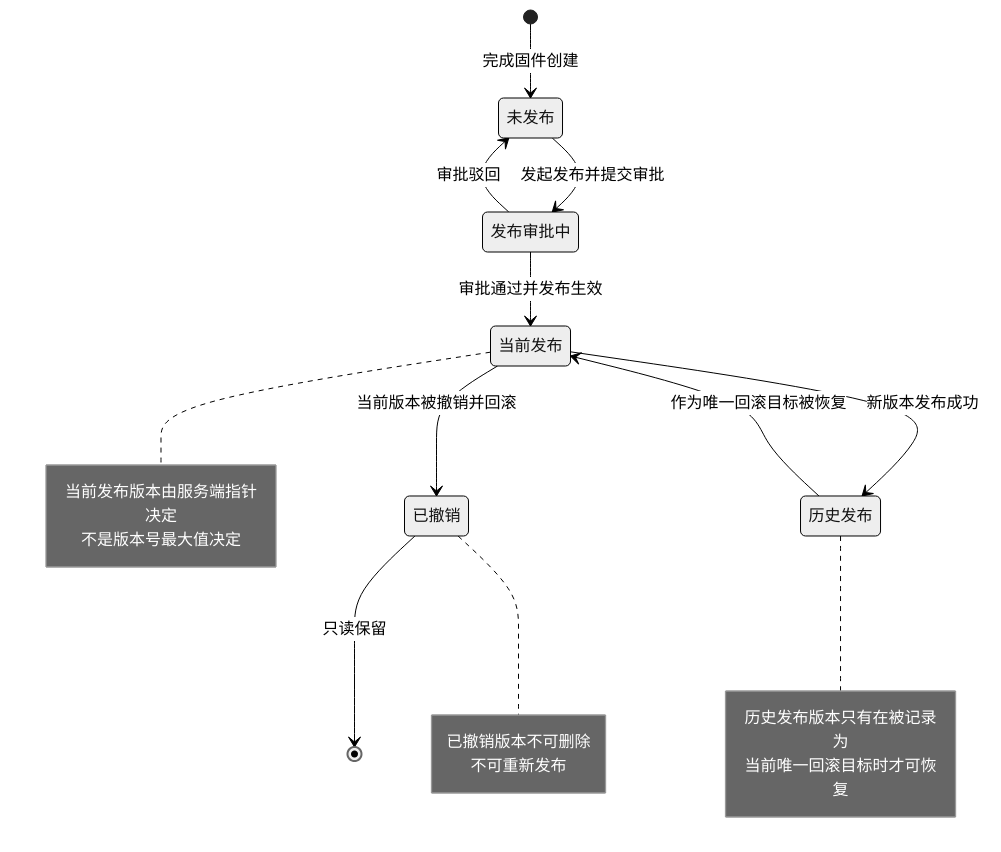
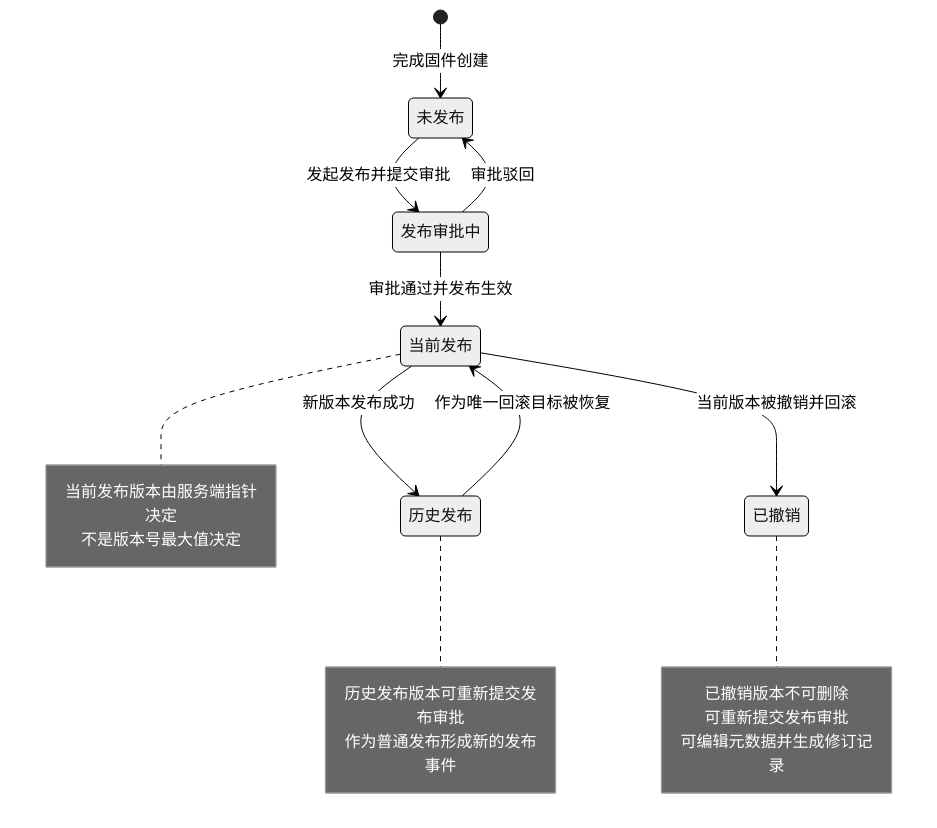
One commit to tangtangtang-tys/firmware-release-summary changed the tenth of 10 diagrams in 产品文档/固件多语言发布与版本回滚_业务链路流程图.md. Above: the diagram before and after it, drawn with Mermaid (neutral theme). The commit also changed other lines of this file and 173 other files, not shown here.

````diff
--- a/产品文档/固件多语言发布与版本回滚_业务链路流程图.md
+++ b/产品文档/固件多语言发布与版本回滚_业务链路流程图.md
@@ -599,32 +599,32 @@
 ```mermaid
 stateDiagram-v2
     state "未发布" as s1
     state "发布审批中" as s2
     state "当前发布" as s3
     state "历史发布" as s4
     state "已撤销" as s5
 
     [*] --> s1: 完成固件创建
     s1 --> s2: 发起发布并提交审批
     s2 --> s1: 审批驳回
     s2 --> s3: 审批通过并发布生效
     s3 --> s4: 新版本发布成功
     s4 --> s3: 作为唯一回滚目标被恢复
     s3 --> s5: 当前版本被撤销并回滚
-    s5 --> [*]: 只读保留
 
     note right of s3
       当前发布版本由服务端指针决定
       不是版本号最大值决定
     end note
 
     note right of s4
-      历史发布版本只有在被记录为
-      当前唯一回滚目标时才可恢复
+      历史发布版本可重新提交发布审批
+      作为普通发布形成新的发布事件
     end note
 
     note right of s5
       已撤销版本不可删除
-      不可重新发布
+      可重新提交发布审批
+      可编辑元数据并生成修订记录
     end note
 ```
````
